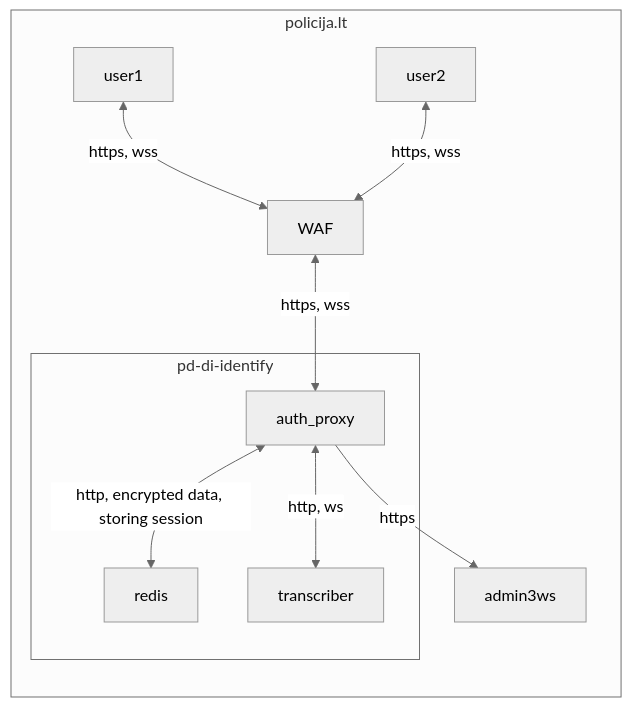
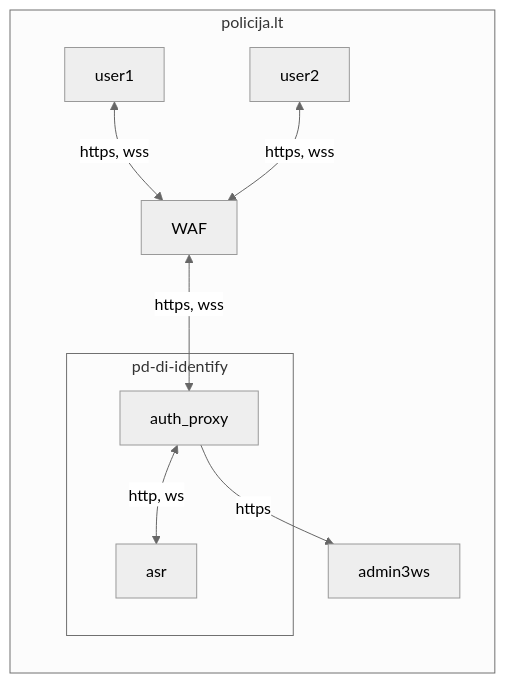
Before and after one commit to airenas/speech-to-data: the diagram in docs/deploy.md, drawn with Mermaid (neutral theme). The commit also changed 1 other file, not shown here.

````diff
--- a/docs/deploy.md
+++ b/docs/deploy.md
@@ -3,20 +3,20 @@
 ```mermaid
 graph LR
     subgraph policija.lt
         user1[user1]
         user2[user2]
         waf[WAF]
         auth[admin3ws]
         subgraph pd-di-identify
             auth_proxy[auth_proxy]
-            redis[redis]
-            rtasr[transcriber]
+%%            redis[redis]
+            rtasr[asr]
         end
     end
     user1 <--> |https, wss| waf
     user2 <--> |https, wss| waf
     waf <--> |https, wss| auth_proxy
     auth_proxy --> |https| auth
-    auth_proxy <--> |http, encrypted data, storing session| redis
+%%    auth_proxy <--> |http, encrypted data, storing session| redis
     auth_proxy <--> |http, ws| rtasr
 ```    
````
